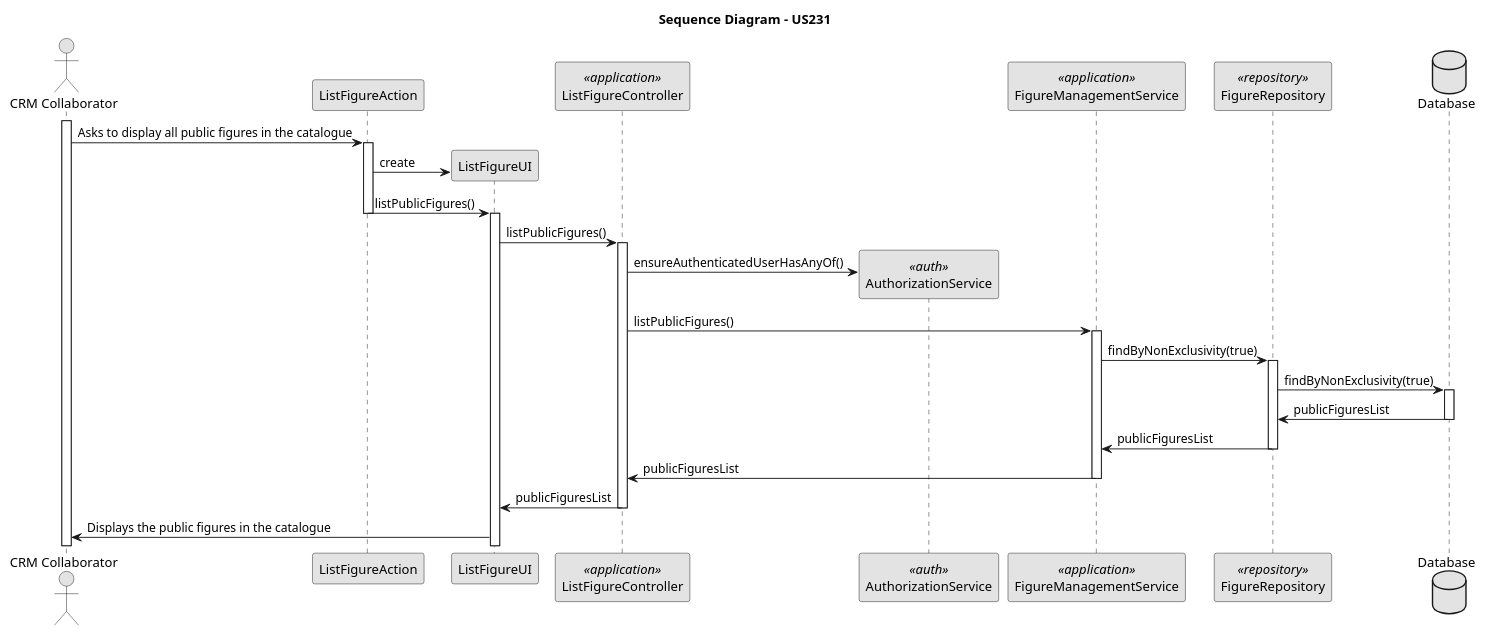
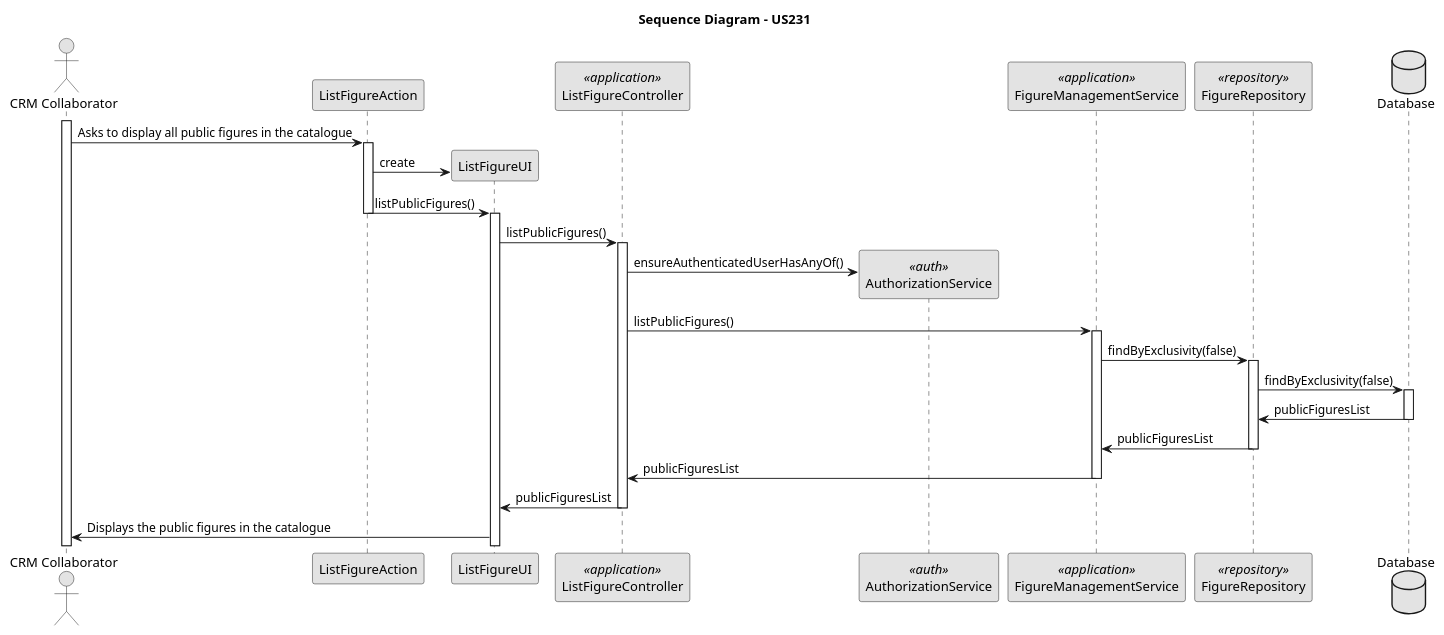
Before and after one commit to rubenFreitas1/ISEP-LAPR4-2024-2025: the diagram in docs/Sprint2/us_231/diagrams/sequence-diagram-US231.puml, drawn with PlantUML. The commit also changed 6 other files, not shown here.

Commit message:
made a small change in US231 sequence diagram #91, and also renamed a method in the figure class

```diff
--- a/docs/Sprint2/us_231/diagrams/sequence-diagram-US231.puml
+++ b/docs/Sprint2/us_231/diagrams/sequence-diagram-US231.puml
@@ -1,57 +1,57 @@
 @startuml
 skinparam monochrome true
 skinparam packageStyle rectangle
 skinparam shadowing false
 
 actor "CRM Collaborator" as crmCollaborator
 participant "ListFigureAction" as ACTION
 participant "ListFigureUI" as UI
 participant "ListFigureController" as CTRL <<application>>
 participant "AuthorizationService" as AuthorizationService <<auth>>
 participant "FigureManagementService" as FigureManagementService <<application>>
 participant "FigureRepository" as FigureRepository <<repository>>
 database "Database" as Database
 
 title Sequence Diagram - US231
 
 
     activate crmCollaborator
 
         crmCollaborator -> ACTION : Asks to display all public figures in the catalogue
         activate ACTION
 
             ACTION -> UI** : create
             ACTION -> UI : listPublicFigures()
             deactivate ACTION
             activate UI
 
                 UI -> CTRL : listPublicFigures()
                 activate CTRL
 
                     CTRL -> AuthorizationService** : ensureAuthenticatedUserHasAnyOf()
                     CTRL -> FigureManagementService : listPublicFigures()
                     activate FigureManagementService
 
-                        FigureManagementService -> FigureRepository : findByNonExclusivity(true)
+                        FigureManagementService -> FigureRepository : findByExclusivity(false)
                         activate FigureRepository
 
-                            FigureRepository -> Database : findByNonExclusivity(true)
+                            FigureRepository -> Database : findByExclusivity(false)
                             activate Database
 
                                 Database -> FigureRepository : publicFiguresList
                             deactivate Database
 
                             FigureRepository -> FigureManagementService : publicFiguresList
                         deactivate FigureRepository
 
                         FigureManagementService -> CTRL : publicFiguresList
                     deactivate FigureManagementService
 
                     CTRL -> UI : publicFiguresList
                 deactivate CTRL
 
             UI -> crmCollaborator : Displays the public figures in the catalogue
         deactivate ACTION
 
 
 @enduml
```
